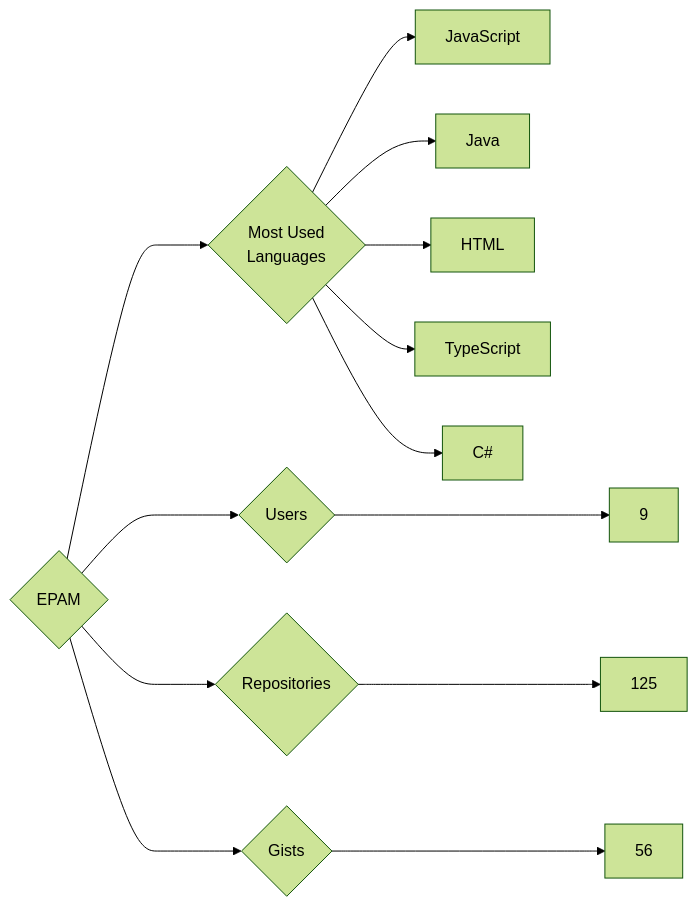
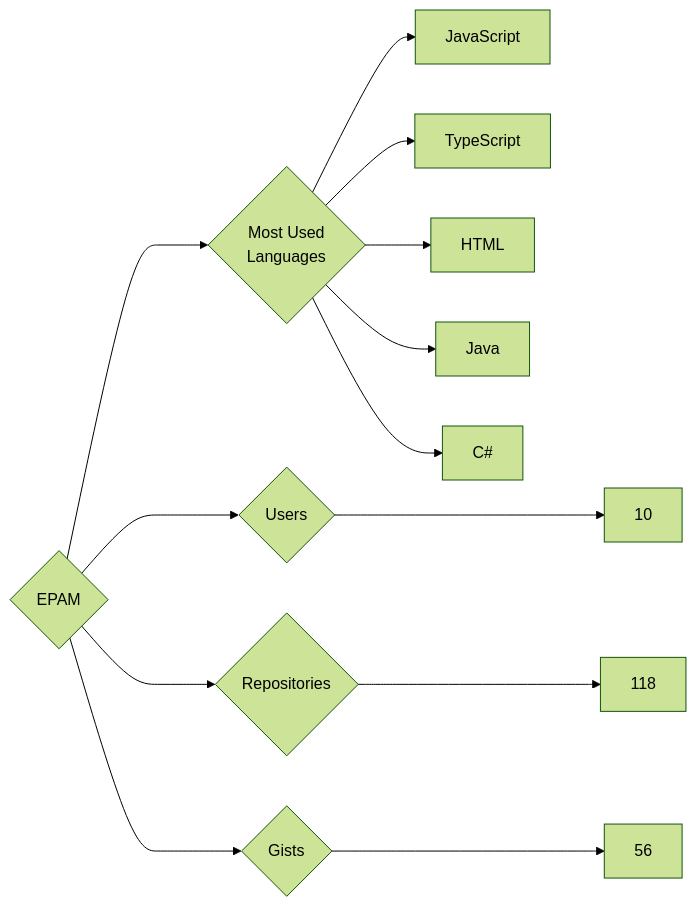
The diagram in targets/EPAM/README.md (trickest/insiders), drawn with Mermaid (forest theme) before and after one commit. The commit also changed 1149 other files, not shown here.

````diff
--- a/targets/EPAM/README.md
+++ b/targets/EPAM/README.md
@@ -3,13 +3,13 @@
 ```mermaid
 graph LR
 COMPANY_NAME{EPAM}
-COMPANY_NAME ---> U{Users} ---> UN[9]
-COMPANY_NAME ---> R{Repositories} ---> RN[125]
+COMPANY_NAME ---> U{Users} ---> UN[10]
+COMPANY_NAME ---> R{Repositories} ---> RN[118]
 COMPANY_NAME ---> G{Gists} ---> GN[56]
 COMPANY_NAME ---> ML{Most Used<br>Languages}
 ML --> JavaScript[JavaScript]
+ML --> TypeScript[TypeScript]
+ML --> HTML[HTML]
 ML --> Java[Java]
-ML --> HTML[HTML]
-ML --> TypeScript[TypeScript]
 ML --> C#[C#]
 ```
````
